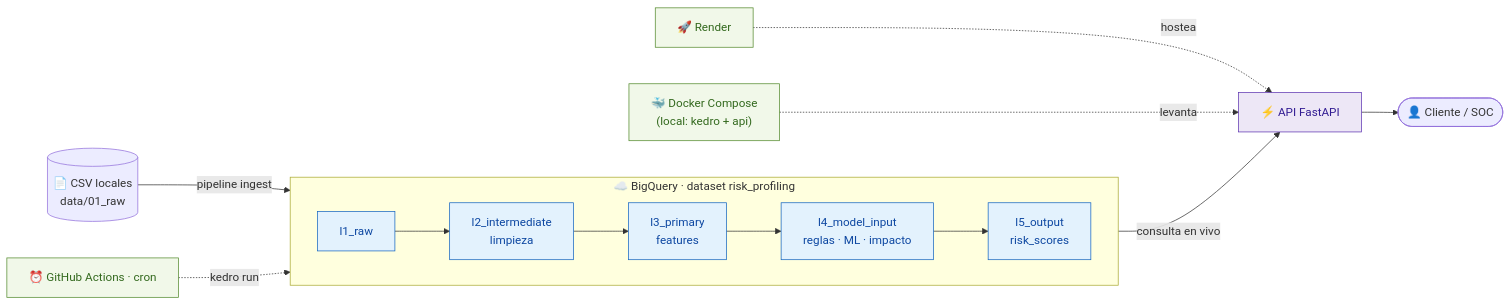
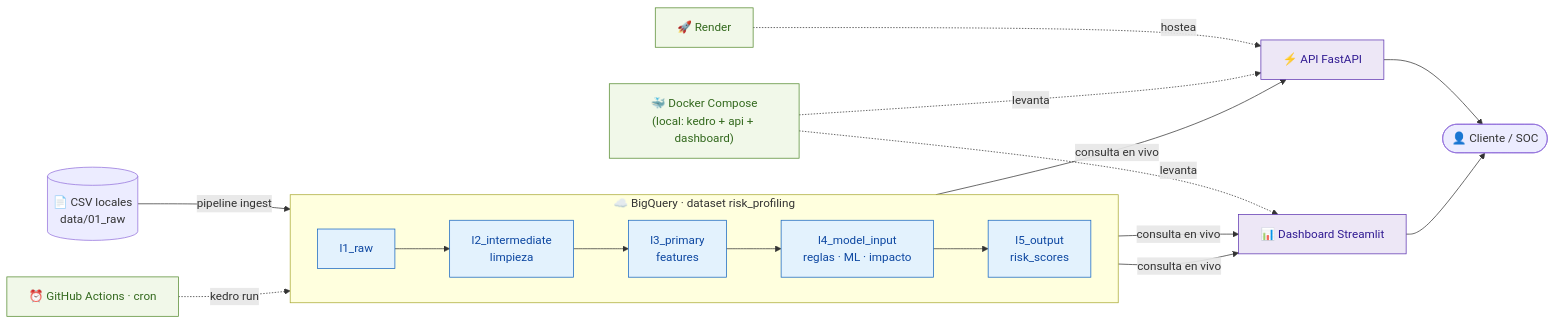
Before and after one commit to vardor-cell/prueba-mercadolibre: the diagram in README.md, drawn with Mermaid. The commit also changed other lines of this file and 7 other files, not shown here.

First line of the commit message:
Agregar dashboard Streamlit (bonus track) que lee BigQuery en vivo

````diff
--- a/README.md
+++ b/README.md
@@ -42,24 +43,26 @@
 ```mermaid
 flowchart LR
     CSV[("📄 CSV locales<br/>data/01_raw")]
 
     subgraph BQ["☁️ BigQuery · dataset risk_profiling"]
         direction LR
         L1["l1_raw"] --> L2["l2_intermediate<br/>limpieza"] --> L3["l3_primary<br/>features"] --> L4["l4_model_input<br/>reglas · ML · impacto"] --> L5["l5_output<br/>risk_scores"]
     end
 
     CSV -->|pipeline ingest| L1
     L5 -->|consulta en vivo| API["⚡ API FastAPI"]
+    L5 & L3 -->|consulta en vivo| DASH["📊 Dashboard Streamlit"]
     API --> USER(["👤 Cliente / SOC"])
+    DASH --> USER
 
     GHA["⏰ GitHub Actions · cron"] -. kedro run .-> BQ
     REN["🚀 Render"] -. hostea .-> API
-    DOCK["🐳 Docker Compose<br/>(local: kedro + api)"] -. levanta .-> API
+    DOCK["🐳 Docker Compose<br/>(local: kedro + api + dashboard)"] -. levanta .-> API & DASH
 
     classDef bqLayer fill:#e3f2fd,stroke:#1565c0,color:#0d47a1;
     classDef svc fill:#ede7f6,stroke:#5e35b1,color:#311b92;
     classDef infra fill:#f1f8e9,stroke:#558b2f,color:#33691e;
     class L1,L2,L3,L4,L5 bqLayer;
-    class API svc;
+    class API,DASH svc;
     class GHA,REN,DOCK infra;
 ```
````
